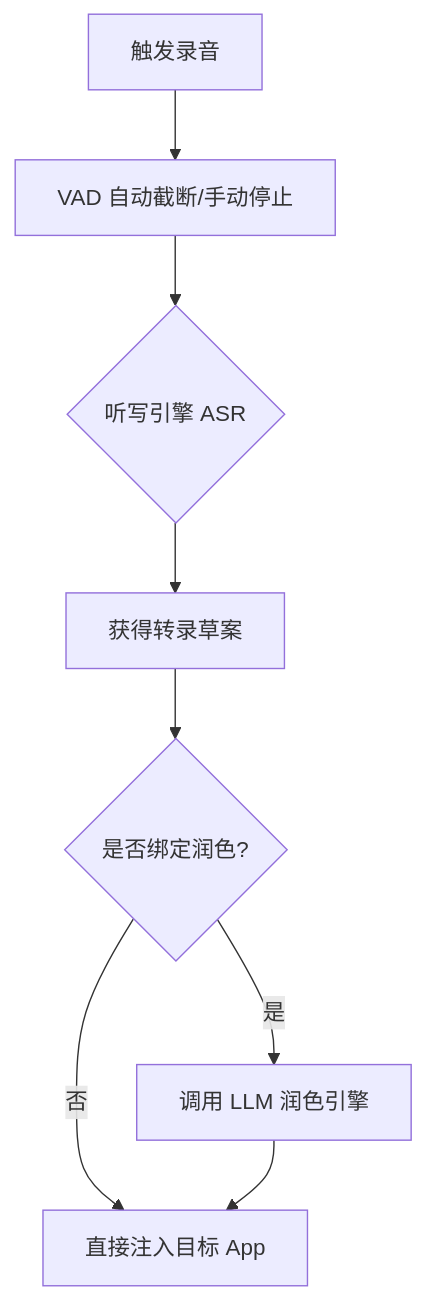
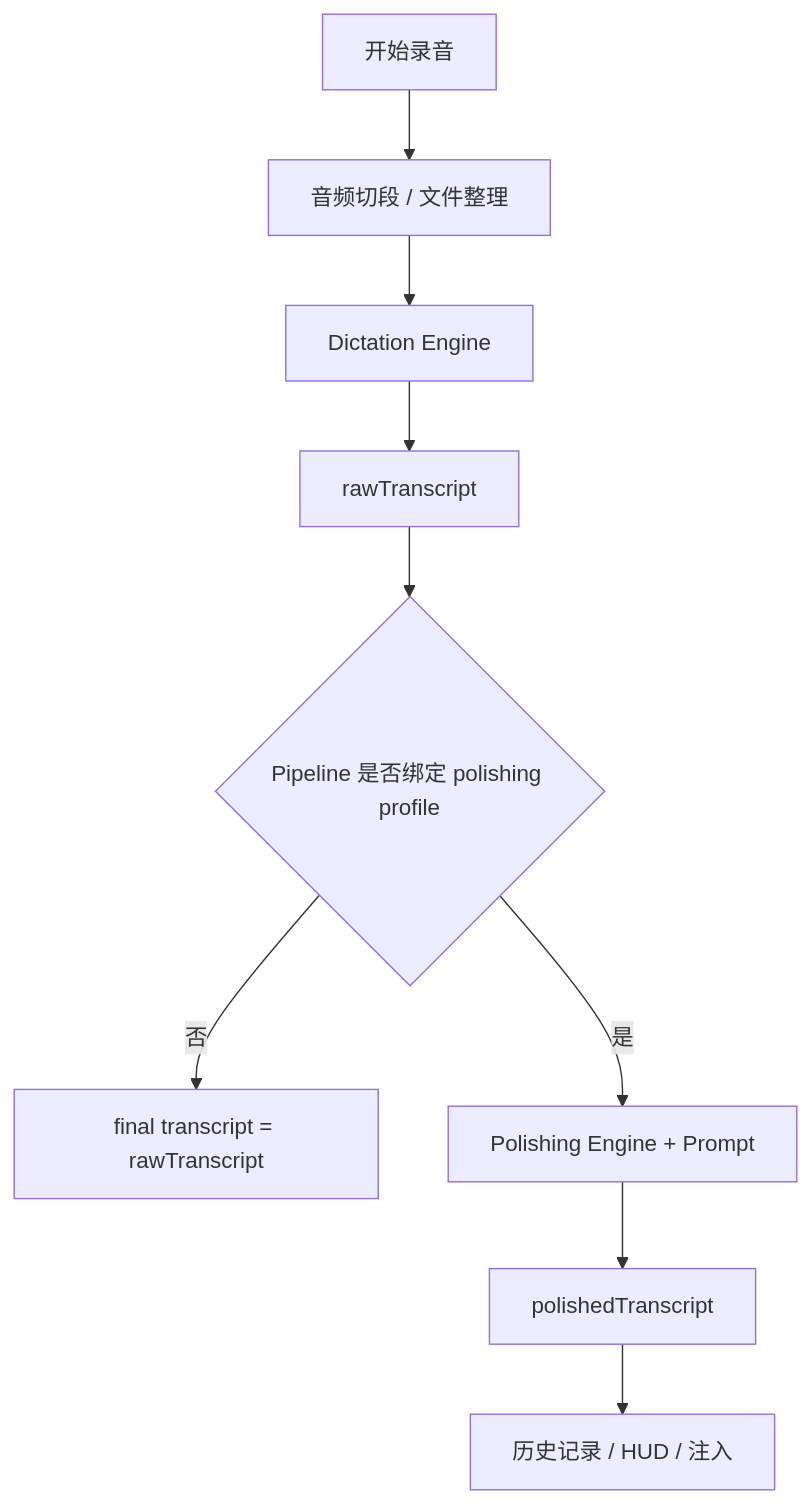
The diagram in macos/user-guide/Engines-and-Pipelines.md (yaktypeinput-bit/YakType-Input-Release), drawn with Mermaid before and after one commit. The commit also changed other lines of this file and 13 other files, not shown here.

````diff
--- a/macos/user-guide/Engines-and-Pipelines.md
+++ b/macos/user-guide/Engines-and-Pipelines.md
@@ -40,10 +68,11 @@
 ```mermaid
 graph TD
-    A[触发录音] --> B[VAD 自动截断/手动停止]
-    B --> C{听写引擎 ASR}
-    C --> D[获得转录草案]
-    D --> E{是否绑定润色?}
-    E -- 是 --> F[调用 LLM 润色引擎]
-    E -- 否 --> G[直接注入目标 App]
-    F --> G
+    A["开始录音"] --> B["音频切段 / 文件整理"]
+    B --> C["Dictation Engine"]
+    C --> D["rawTranscript"]
+    D --> E{"Pipeline 是否绑定 polishing profile"}
+    E -- "否" --> F["final transcript = rawTranscript"]
+    E -- "是" --> G["Polishing Engine + Prompt"]
+    G --> H["polishedTranscript"]
+    H --> I["历史记录 / HUD / 注入"]
 ```
````
